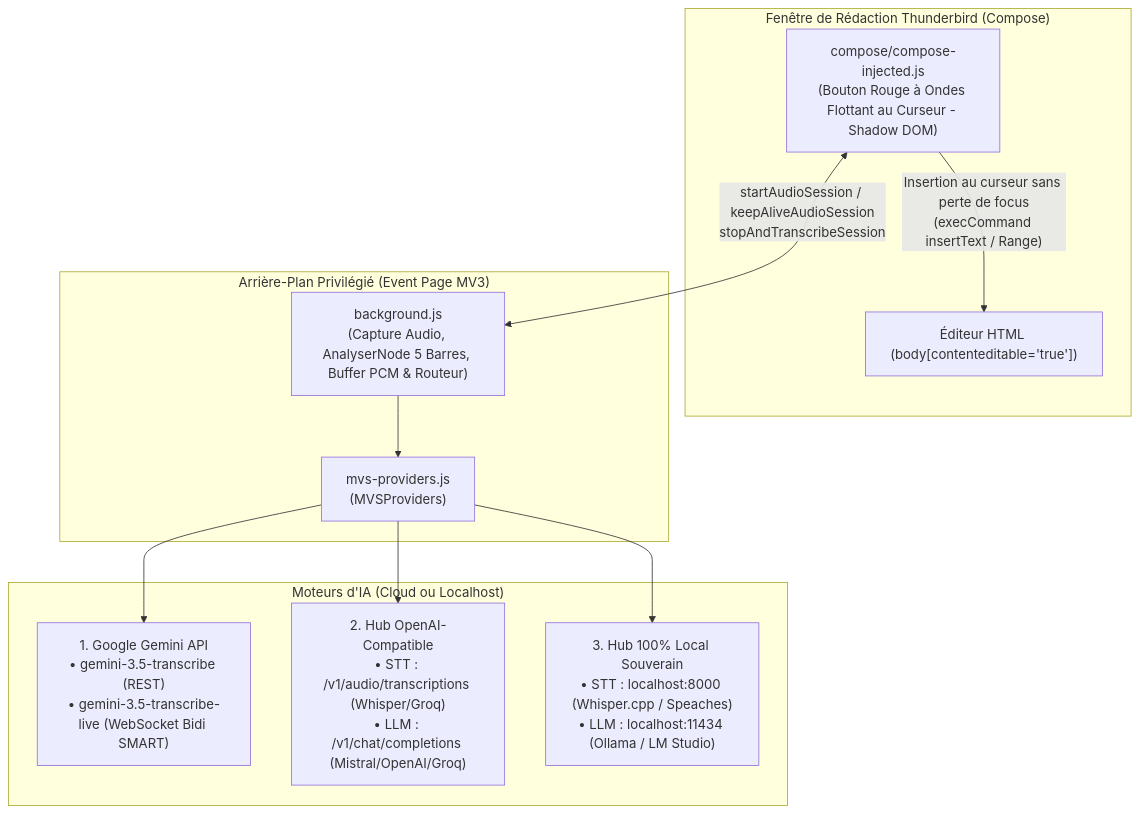
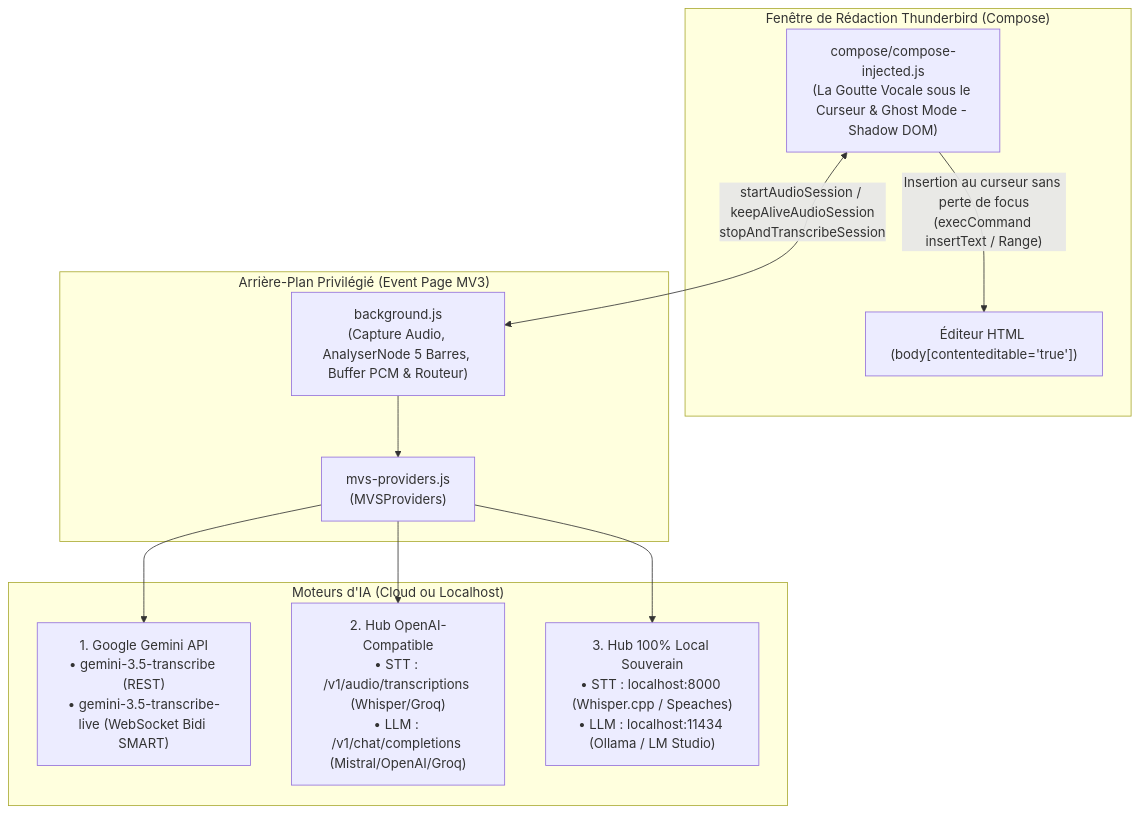
Before and after one commit to mtfkarukera/magic-voice-scriber-thunderbird: the first of 2 diagrams in ARCHITECTURE.md, drawn with Mermaid. The commit also changed other lines of this file and 5 other files, not shown here.

Commit message:
chore(release): v1.2.6 — La Goutte Vocale sous le curseur & Ghost Mode

````diff
--- a/ARCHITECTURE.md
+++ b/ARCHITECTURE.md
@@ -11,25 +11,25 @@
 ```mermaid
 flowchart TD
     subgraph ComposeWindow["Fenêtre de Rédaction Thunderbird (Compose)"]
         Editor["Éditeur HTML (body[contenteditable='true'])"]
-        CaretPill["compose/compose-injected.js\n(Bouton Rouge à Ondes Flottant au Curseur - Shadow DOM)"]
+        CaretPill["compose/compose-injected.js\n(La Goutte Vocale sous le Curseur & Ghost Mode - Shadow DOM)"]
     end
 
     subgraph BackgroundContext["Arrière-Plan Privilégié (Event Page MV3)"]
         BG["background.js\n(Capture Audio, AnalyserNode 5 Barres, Buffer PCM & Routeur)"]
         Providers["mvs-providers.js\n(MVSProviders)"]
     end
 
     subgraph AIProviders["Moteurs d'IA (Cloud ou Localhost)"]
         Gemini["1. Google Gemini API\n• gemini-3.5-transcribe (REST)\n• gemini-3.5-transcribe-live (WebSocket Bidi SMART)"]
         OpenAI["2. Hub OpenAI-Compatible\n• STT : /v1/audio/transcriptions (Whisper/Groq)\n• LLM : /v1/chat/completions (Mistral/OpenAI/Groq)"]
         Local["3. Hub 100% Local Souverain\n• STT : localhost:8000 (Whisper.cpp / Speaches)\n• LLM : localhost:11434 (Ollama / LM Studio)"]
     end
 
     CaretPill <-->|"startAudioSession / keepAliveAudioSession\nstopAndTranscribeSession"| BG
     BG --> Providers
     Providers --> Gemini
     Providers --> OpenAI
     Providers --> Local
     CaretPill -->|"Insertion au curseur sans perte de focus\n(execCommand insertText / Range)"| Editor
 ```
````
